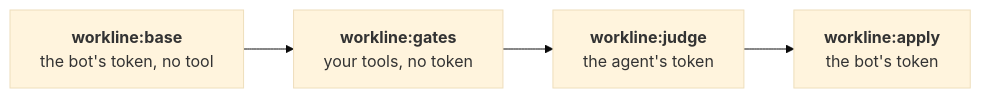
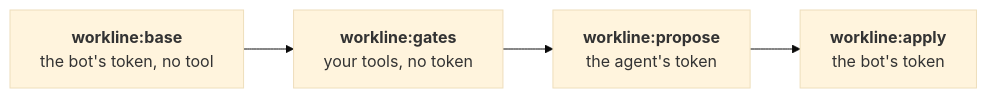
The diagram in docs/gitlab/environment.md (JN0V/workline), drawn with Mermaid (base theme) before and after one commit. The commit also changed 89 other files, not shown here.

First line of the commit message:
ci!: the job that runs the line is propose, paired with apply

````diff
--- a/docs/gitlab/environment.md
+++ b/docs/gitlab/environment.md
@@ -27,6 +27,6 @@
 ```mermaid
 flowchart LR
   base["<b>workline:base</b><br/>the bot's token, no tool"] --> gates["<b>workline:gates</b><br/>your tools, no token"]
-  gates --> judge["<b>workline:judge</b><br/>the agent's token"]
-  judge --> apply["<b>workline:apply</b><br/>the bot's token"]
+  gates --> propose["<b>workline:propose</b><br/>the agent's token"]
+  propose --> apply["<b>workline:apply</b><br/>the bot's token"]
 ```
````
